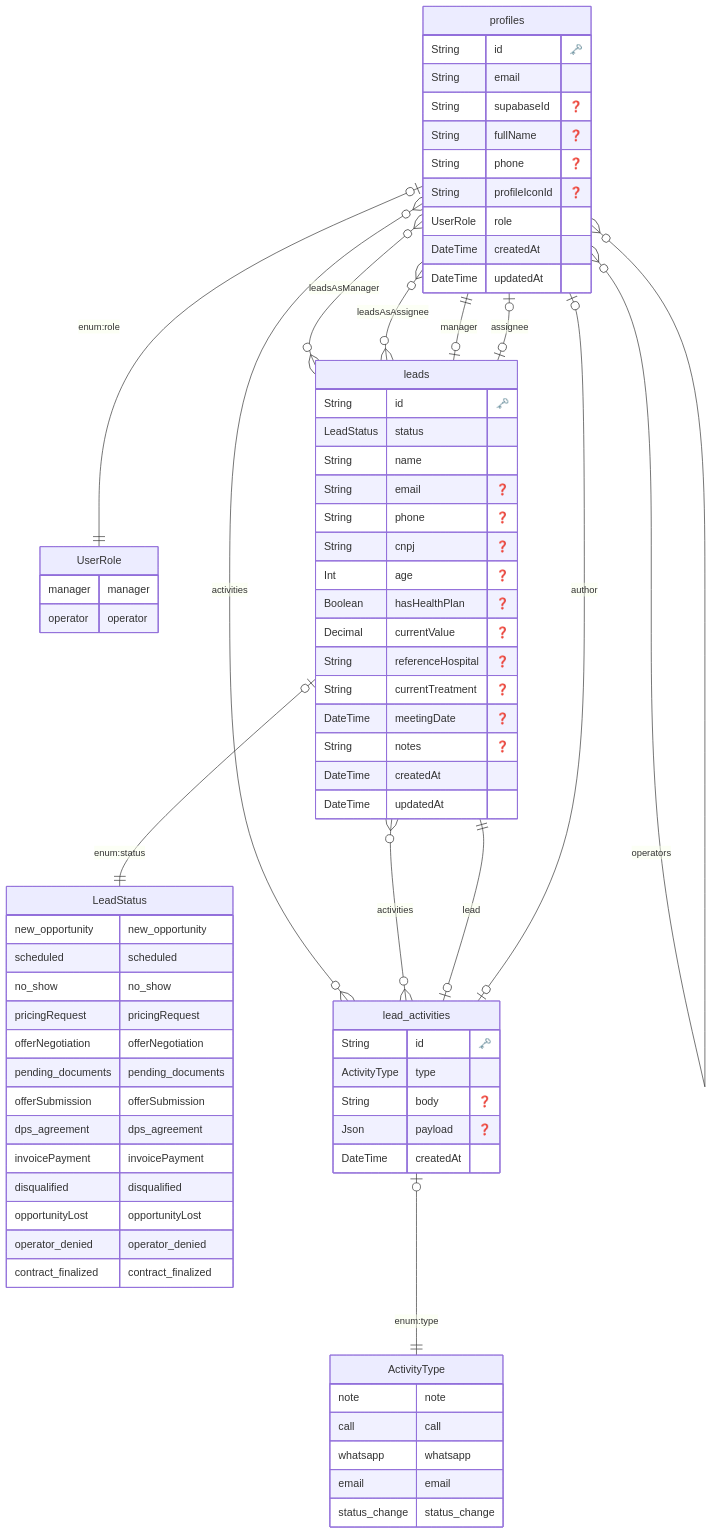
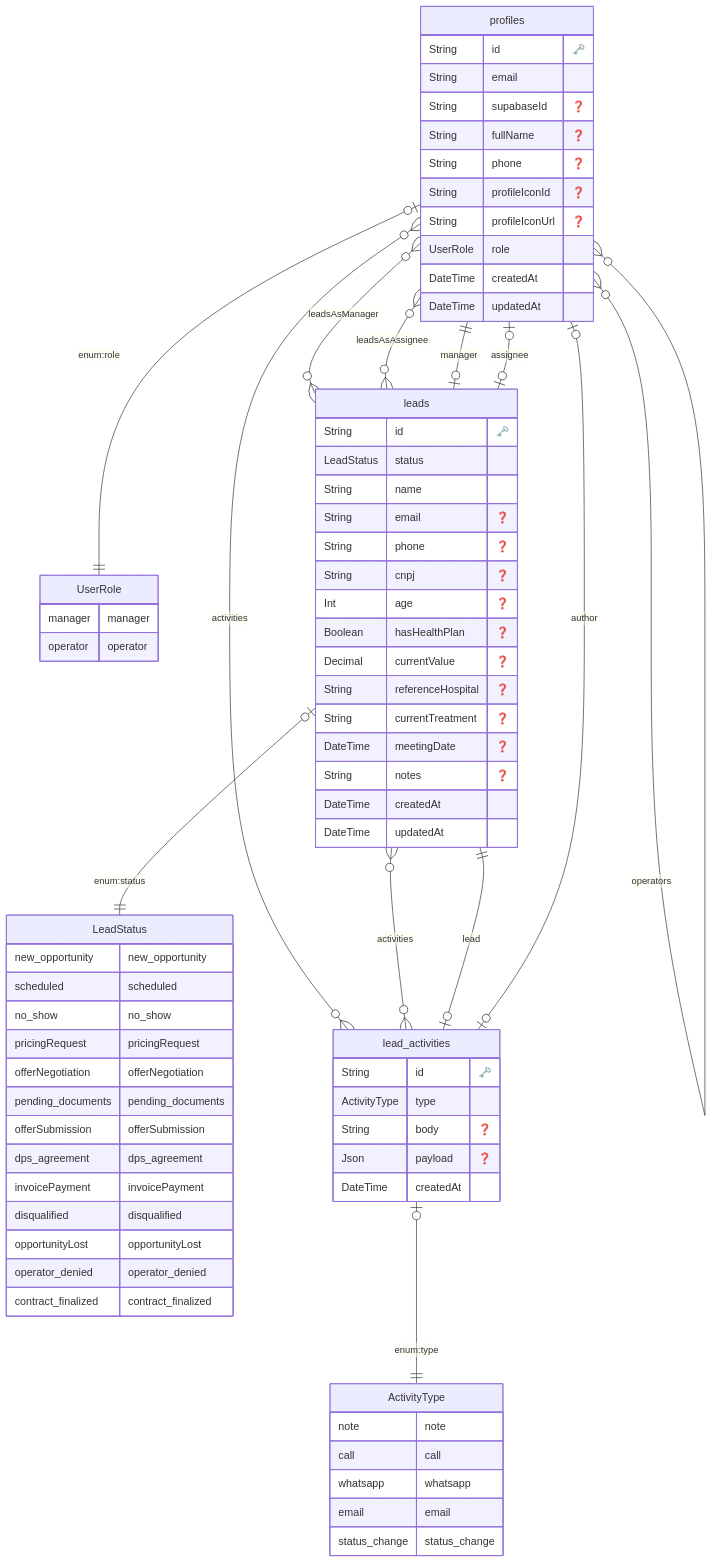
Before and after one commit to matheuswillock/lead-flow-app: the diagram in prisma/erd/diagram.md, drawn with Mermaid. The commit also changed 10 other files, not shown here.

Commit message:
feat: add profile icon URL management to user profiles, updating repository and API layers

```diff
--- a/prisma/erd/diagram.md
+++ b/prisma/erd/diagram.md
@@ -41,6 +41,7 @@
     String fullName "❓"
     String phone "❓"
     String profileIconId "❓"
+    String profileIconUrl "❓"
     UserRole role 
     DateTime createdAt 
     DateTime updatedAt 
```
